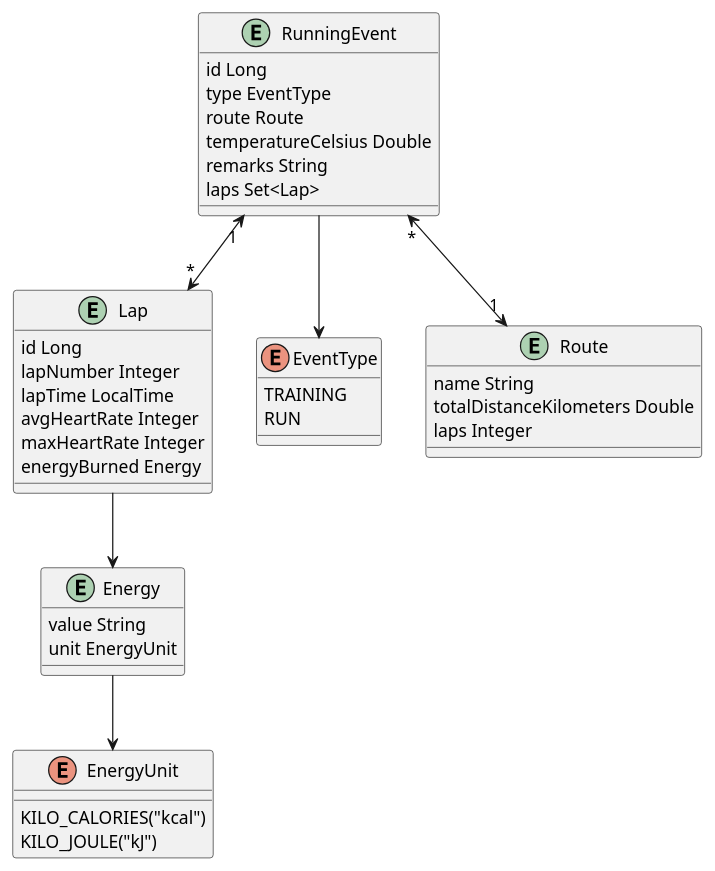
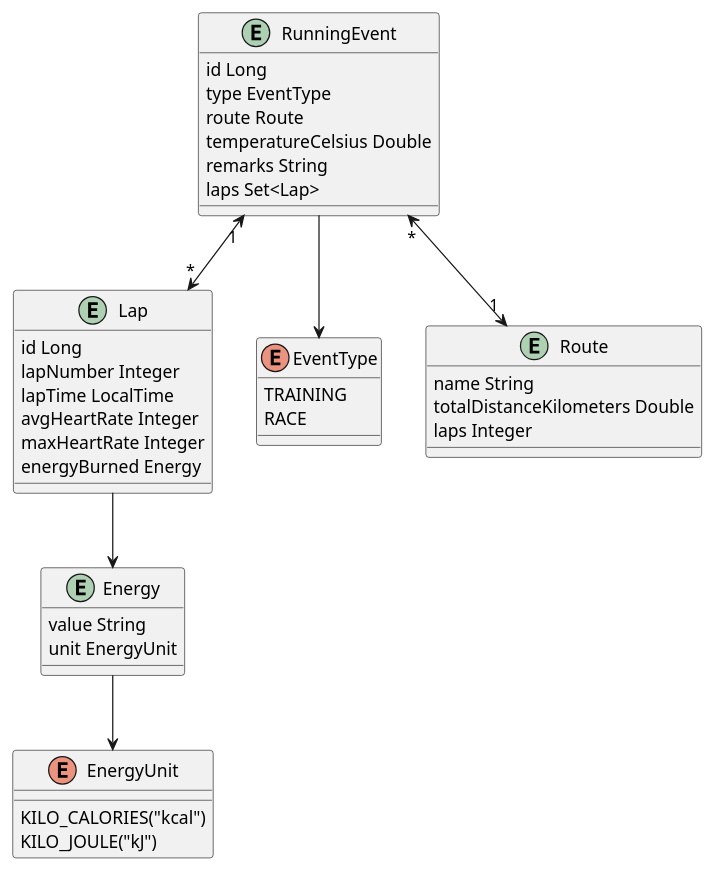
The diagram in running_data_model.puml (flozo/running), drawn with PlantUML before and after one commit. The commit also changed 1 other file, not shown here.

```diff
--- a/running_data_model.puml
+++ b/running_data_model.puml
@@ -1,48 +1,48 @@
 @startuml
 enum EnergyUnit {
     KILO_CALORIES("kcal")
     KILO_JOULE("kJ")
 }
 
 entity Energy {
     value String
     unit EnergyUnit
 }
 
 entity Lap {
     id Long
     lapNumber Integer
     lapTime LocalTime
     avgHeartRate Integer
     maxHeartRate Integer
     energyBurned Energy
 }
 
 enum EventType {
     TRAINING
-    RUN
+    RACE
 }
 
 entity Route {
     name String
     totalDistanceKilometers Double
     laps Integer
 }
 
 entity RunningEvent {
     id Long
     type EventType
     route Route
     temperatureCelsius Double
     remarks String
     laps Set<Lap>
 }
 
 Energy --> EnergyUnit
 Lap --> Energy
 RunningEvent --> EventType
 RunningEvent "*" <--> "1" Route
 RunningEvent "1" <--> "*" Lap
 
 
 @enduml
```
